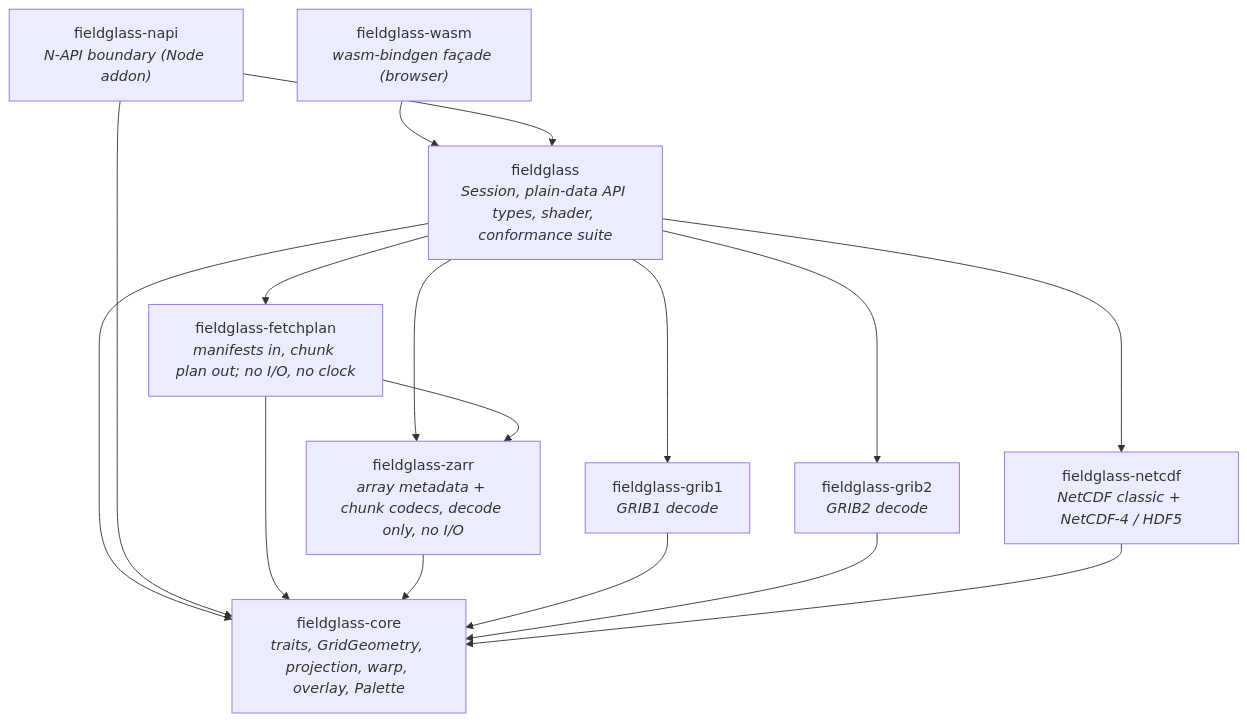
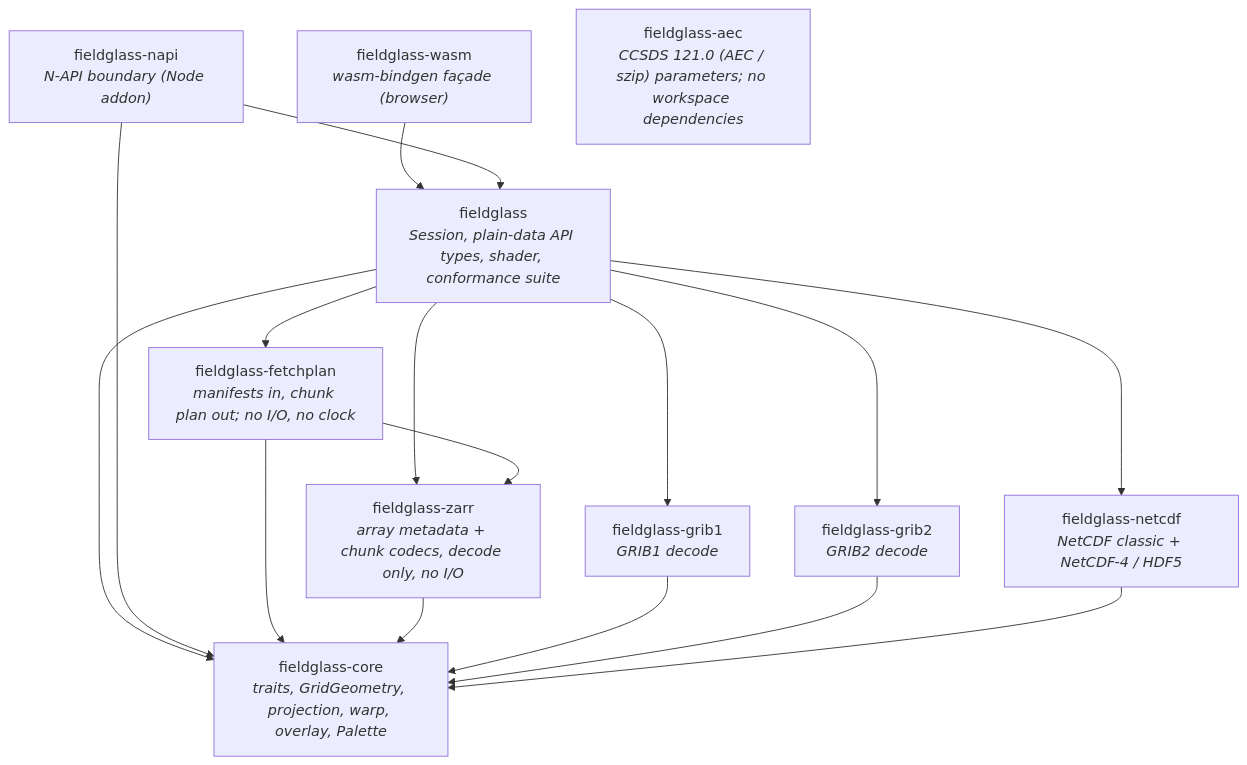
One commit to D0ubleD0uble/fieldglass changed the diagram in docs/architecture/01-crates.md. Above: the diagram before and after it, drawn with Mermaid. The commit also changed other lines of this file and 638 other files, not shown here.

First line of the commit message:
feat(aec): fieldglass-aec scaffold, libaec-exact parameters and a pinned-libaec corpus

````diff
--- a/docs/architecture/01-crates.md
+++ b/docs/architecture/01-crates.md
@@ -17,28 +17,29 @@
 ```mermaid
 flowchart TD
     napi["fieldglass-napi<br/><i>N-API boundary (Node addon)</i>"]
     wasm["fieldglass-wasm<br/><i>wasm-bindgen façade (browser)</i>"]
     fieldglass["fieldglass<br/><i>Session, plain-data API types, shader, conformance suite</i>"]
     grib1["fieldglass-grib1<br/><i>GRIB1 decode</i>"]
     grib2["fieldglass-grib2<br/><i>GRIB2 decode</i>"]
     netcdf["fieldglass-netcdf<br/><i>NetCDF classic + NetCDF-4 / HDF5</i>"]
     core["fieldglass-core<br/><i>traits, GridGeometry, projection, warp, overlay, Palette</i>"]
     fetchplan["fieldglass-fetchplan<br/><i>manifests in, chunk plan out; no I/O, no clock</i>"]
     zarr["fieldglass-zarr<br/><i>array metadata + chunk codecs, decode only, no I/O</i>"]
+    aec["fieldglass-aec<br/><i>CCSDS 121.0 (AEC / szip) parameters; no workspace dependencies</i>"]
 
     wasm --> fieldglass
     fieldglass --> grib1
     fieldglass --> grib2
     fieldglass --> netcdf
     fieldglass --> zarr
     fieldglass --> core
     fieldglass --> fetchplan
     napi --> fieldglass
     napi --> core
     fetchplan --> core
     fetchplan --> zarr
     zarr --> core
     grib1 --> core
     grib2 --> core
     netcdf --> core
 ```
````
